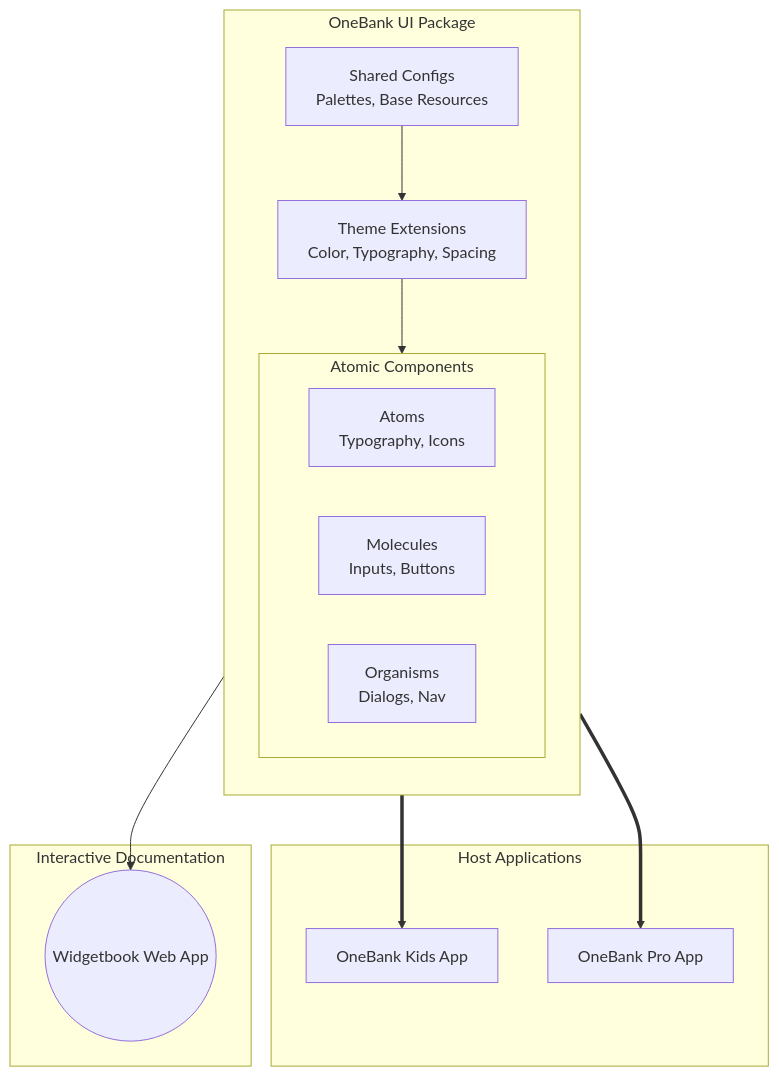
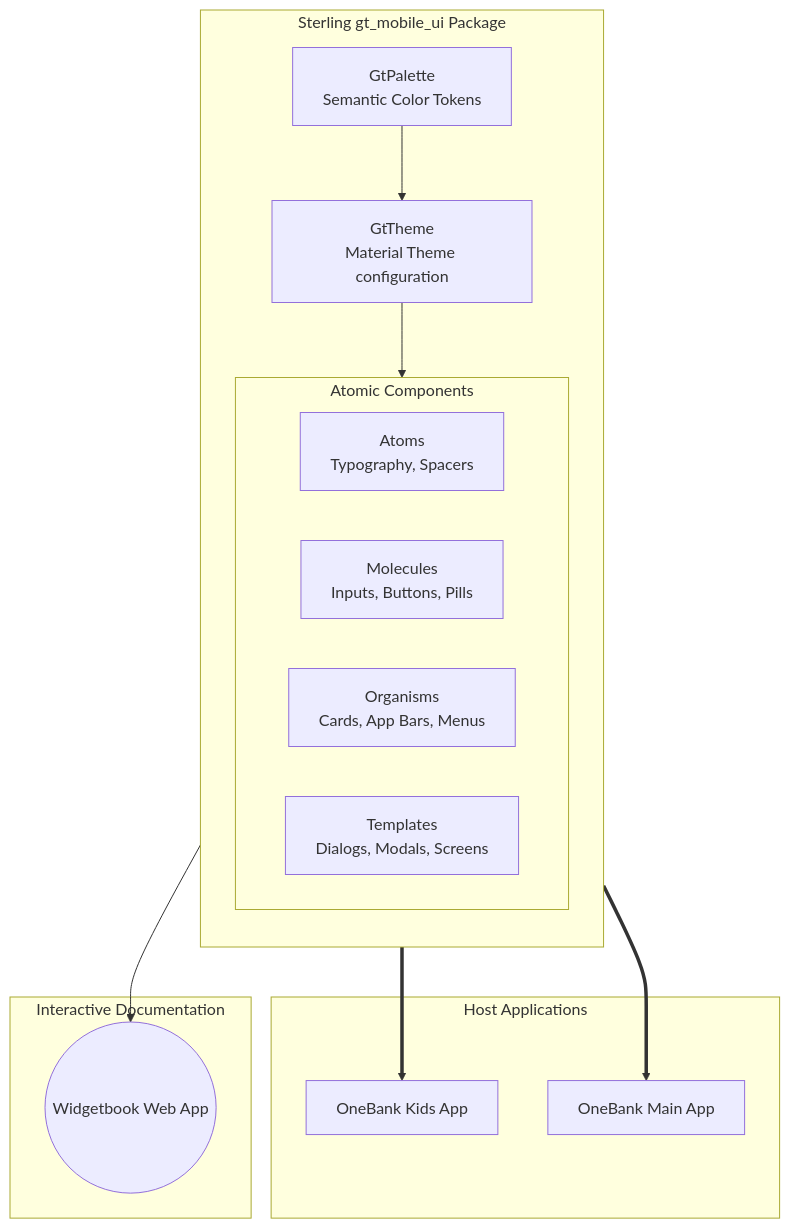
One commit to gofinancials/gt_mobile_design_system changed the diagram in README.md. Above: the diagram before and after it, drawn with Mermaid. The commit also changed other lines of this file and 20 other files, not shown here.

````diff
--- a/README.md
+++ b/README.md
@@ -67,31 +55,32 @@
 ```mermaid
 flowchart TD
     subgraph Host Apps [Host Applications]
         OBK[OneBank Kids App]
-        OBM[OneBank Pro App]
+        OBM[OneBank Main App]
     end
 
-    subgraph DesignSystem [OneBank UI Package]
+    subgraph DesignSystem [Sterling gt_mobile_ui Package]
         direction TB
-        TE[Theme Extensions<br>Color, Typography, Spacing]
-        SC[Shared Configs<br>Palettes, Base Resources]
+        TE[GtTheme<br>Material Theme configuration]
+        SC[GtPalette<br>Semantic Color Tokens]
 
         subgraph Components [Atomic Components]
             direction LR
-            A[Atoms<br>Typography, Icons]
-            M[Molecules<br>Inputs, Buttons]
-            O[Organisms<br>Dialogs, Nav]
+            A[Atoms<br>Typography, Spacers]
+            M[Molecules<br>Inputs, Buttons, Pills]
+            O[Organisms<br>Cards, App Bars, Menus]
+            T[Templates<br>Dialogs, Modals, Screens]
         end
 
         SC --> TE
         TE --> Components
     end
 
     subgraph Catalog [Interactive Documentation]
         WB((Widgetbook Web App))
     end
 
     Components --> WB
     DesignSystem ==> OBK
     DesignSystem ==> OBM
 ```
````
